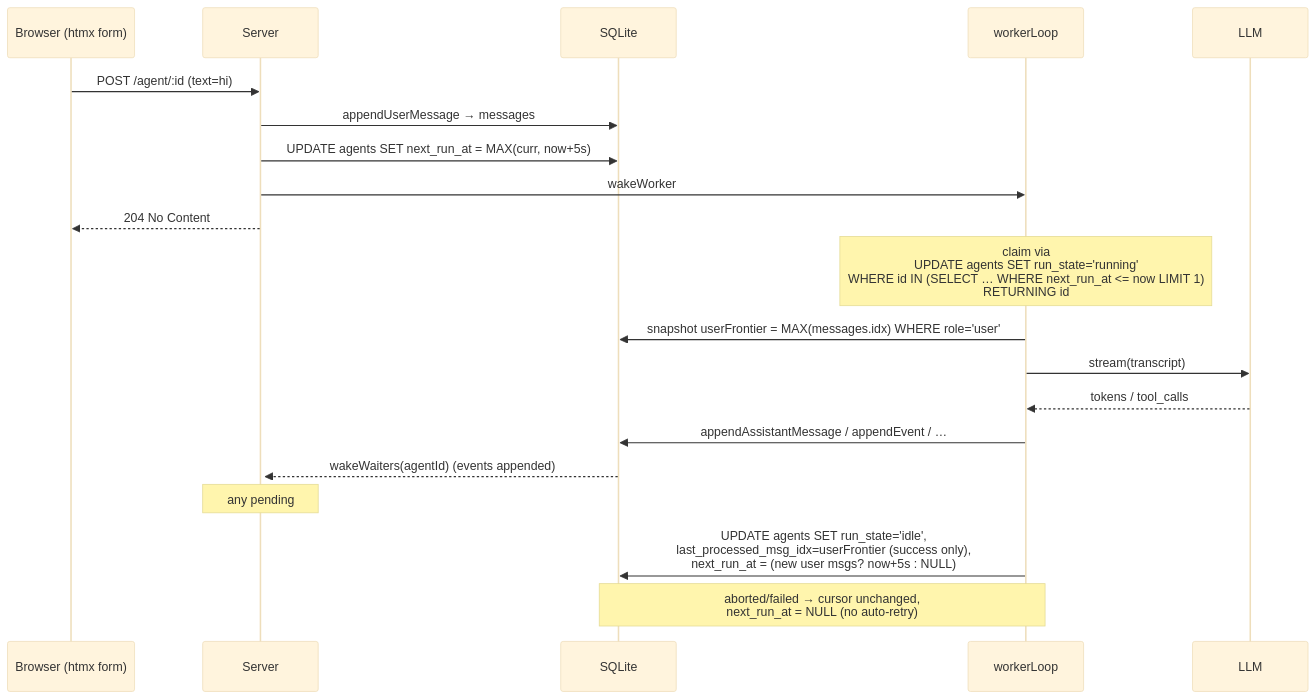
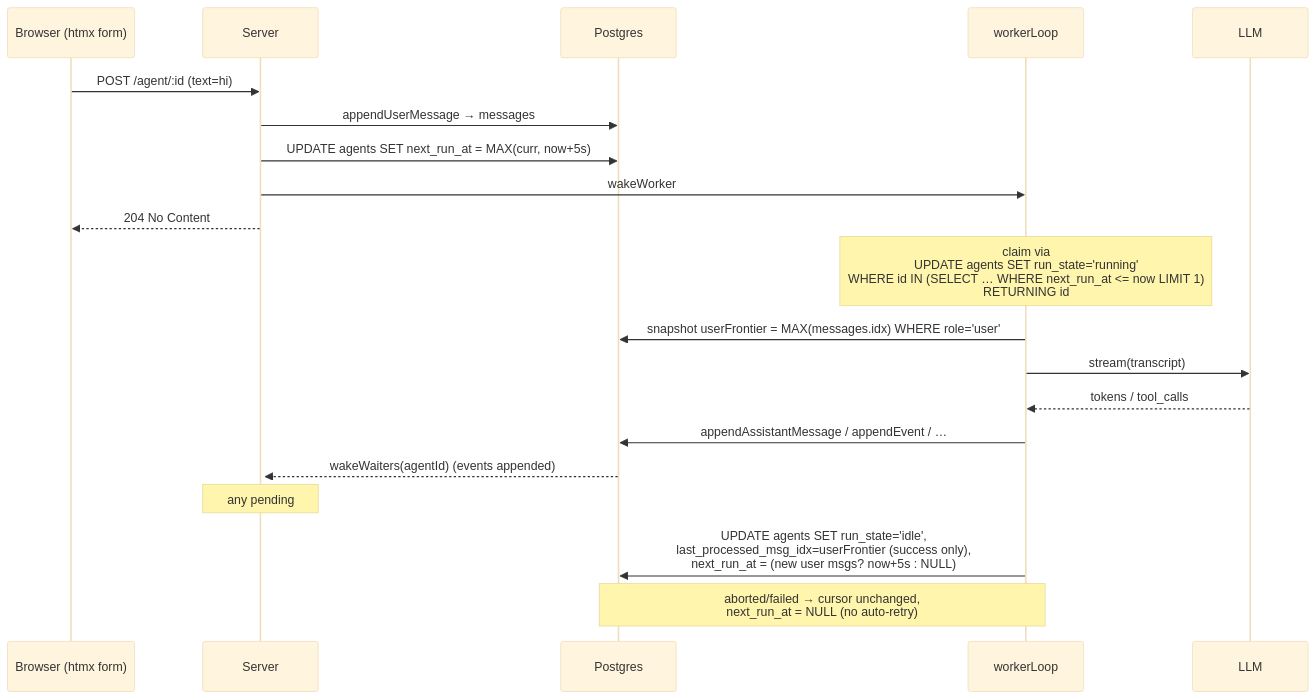
Before and after one commit to niquola/hyper-code2: the second of 3 diagrams in docs/architecture.md, drawn with Mermaid (base theme). The commit also changed other lines of this file and 14 other files, not shown here.

First line of the commit message:
docs: purge stale SQLite mentions — storage is Postgres everywhere

````diff
--- a/docs/architecture.md
+++ b/docs/architecture.md
@@ -72,26 +72,26 @@
 ```mermaid
 sequenceDiagram
     participant B as Browser (htmx form)
     participant S as Server
-    participant DB as SQLite
+    participant DB as Postgres
     participant W as workerLoop
     participant L as LLM
 
     B->>S: POST /agent/:id (text=hi)
     S->>DB: appendUserMessage → messages
     S->>DB: UPDATE agents SET next_run_at = MAX(curr, now+5s)
     S->>W: wakeWorker
     S-->>B: 204 No Content
 
     Note over W: claim via<br/>UPDATE agents SET run_state='running'<br/>WHERE id IN (SELECT … WHERE next_run_at <= now LIMIT 1)<br/>RETURNING id
 
     W->>DB: snapshot userFrontier = MAX(messages.idx) WHERE role='user'
     W->>L: stream(transcript)
     L-->>W: tokens / tool_calls
     W->>DB: appendAssistantMessage / appendEvent / …
     DB-->>+S: wakeWaiters(agentId)  (events appended)
     Note over S: any pending #msg-tail<br/>long-poll resolves and<br/>re-reads getEvents(fromIdx=N)
 
     W->>DB: UPDATE agents SET run_state='idle',<br/>last_processed_msg_idx=userFrontier (success only),<br/>next_run_at = (new user msgs? now+5s : NULL)
     Note over W,DB: aborted/failed → cursor unchanged,<br/>next_run_at = NULL (no auto-retry)
 ```
````
